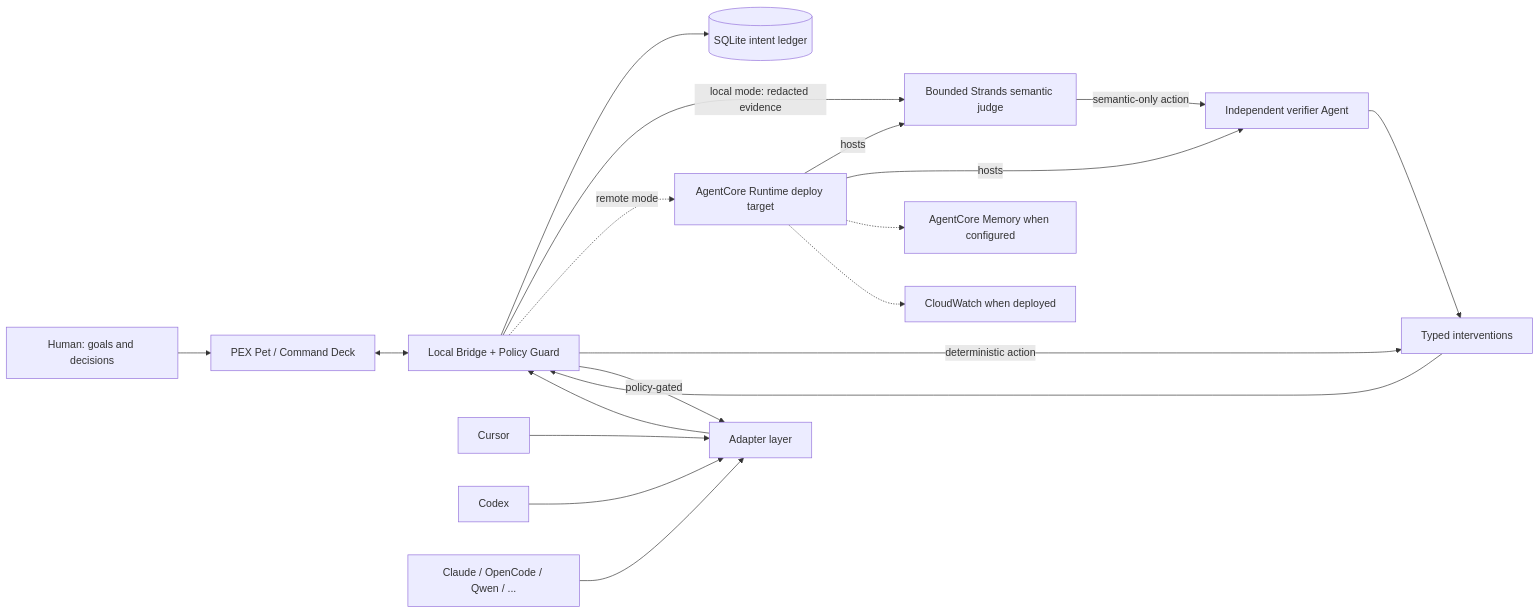
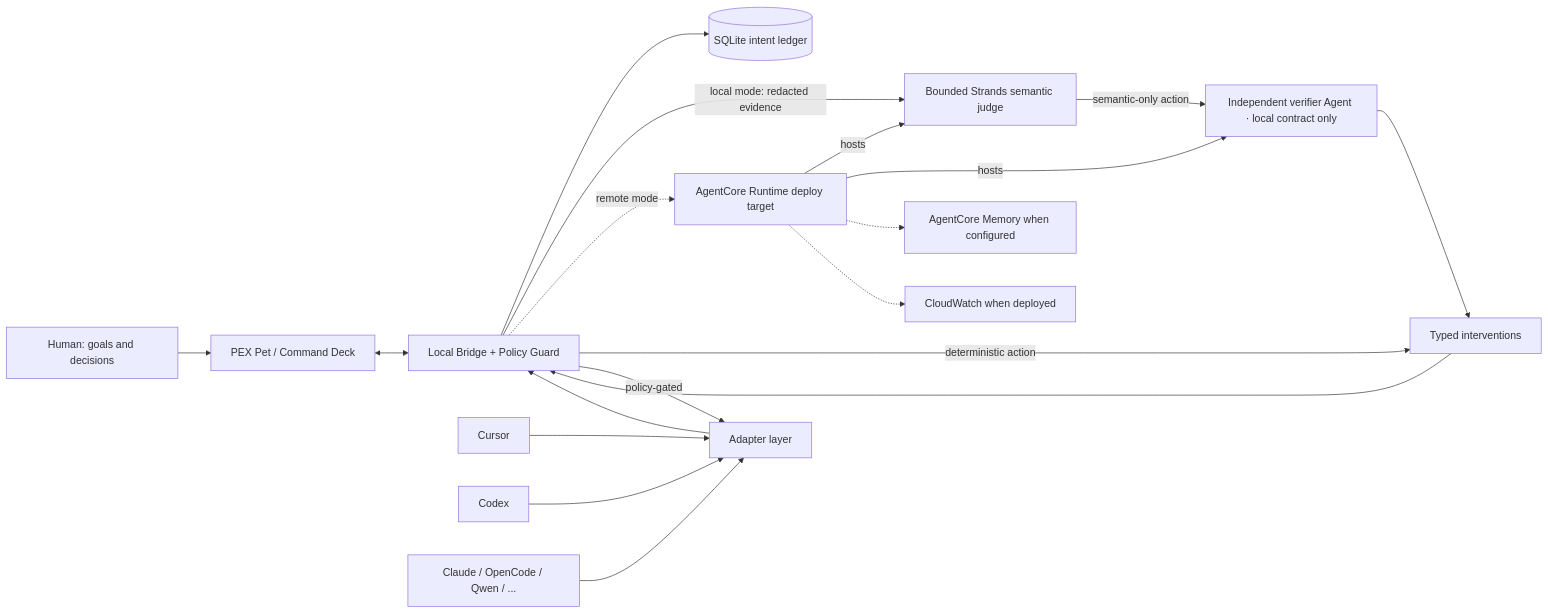
The diagram in README.md (josepha-mayo/pex), drawn with Mermaid before and after one commit. The commit also changed other lines of this file and 7 other files, not shown here.

````diff
--- a/README.md
+++ b/README.md
@@ -167,36 +167,36 @@
 ```mermaid
 flowchart LR
   human[Human: goals and decisions]
   pet[PEX Pet / Command Deck]
   bridge[Local Bridge + Policy Guard]
   store[(SQLite intent ledger)]
   adapters[Adapter layer]
   cursor[Cursor]
   codex[Codex]
   others[Claude / OpenCode / Qwen / ...]
   strands[Bounded Strands semantic judge]
-  verifier[Independent verifier Agent]
+  verifier[Independent verifier Agent · local contract only]
   runtime[AgentCore Runtime deploy target]
   memory[AgentCore Memory when configured]
   cw[CloudWatch when deployed]
   out[Typed interventions]
 
   human --> pet
   pet <--> bridge
   cursor --> adapters
   codex --> adapters
   others --> adapters
   adapters --> bridge
   bridge --> store
   bridge -->|local mode: redacted evidence| strands
   bridge -.->|remote mode| runtime
   runtime -->|hosts| strands
   runtime -->|hosts| verifier
   runtime -.-> memory
   runtime -.-> cw
   strands -->|semantic-only action| verifier
   verifier --> out
   bridge -->|deterministic action| out
   out --> bridge
   bridge -->|policy-gated| adapters
 ```
````
